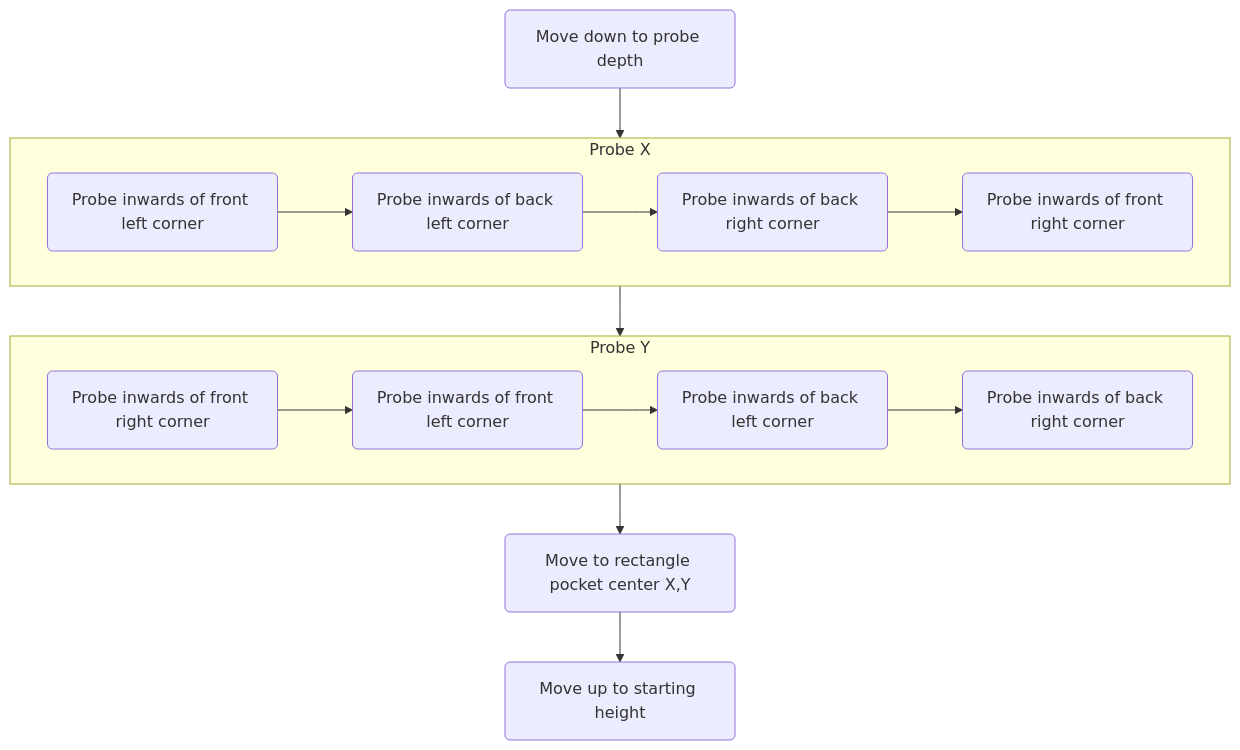
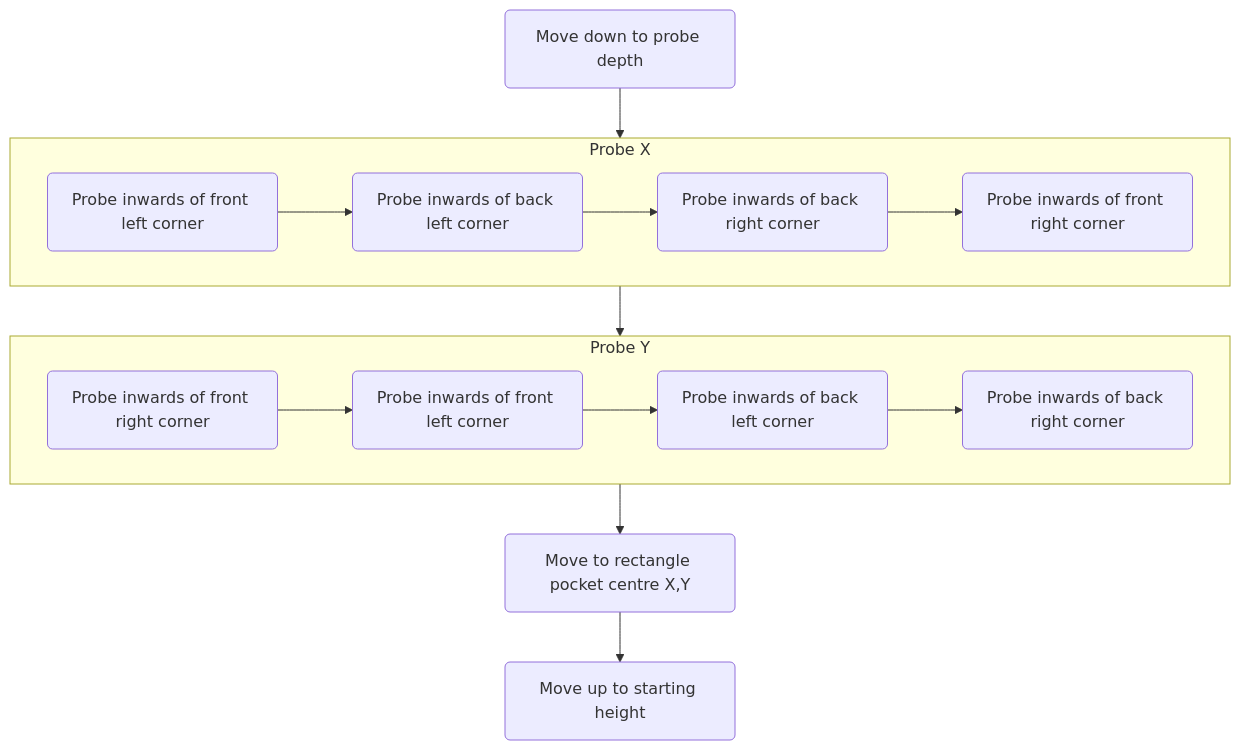
Before and after one commit to MillenniumMachines/millenniummachines.github.io: the sixth of 10 diagrams in docs/millennium-os/manual/chapters/30_usage.md, drawn with Mermaid. The commit also changed other lines of this file and 2 other files, not shown here.

````diff
--- a/docs/millennium-os/manual/chapters/30_usage.md
+++ b/docs/millennium-os/manual/chapters/30_usage.md
@@ -304,20 +321,20 @@
 ```mermaid
 flowchart TB
     1(Move down to probe depth)
     subgraph A1[Probe X]
         2(Probe inwards of front left corner) -->
         3(Probe inwards of back left corner) -->
         4(Probe inwards of back right corner) -->
         5(Probe inwards of front right corner)
     end
     subgraph A2[Probe Y]
         6(Probe inwards of front right corner) -->
         7(Probe inwards of front left corner) -->
         8(Probe inwards of back left corner) -->
         9(Probe inwards of back right corner)
     end
-    10(Move to rectangle pocket center X,Y) -->
+    10(Move to rectangle pocket centre X,Y) -->
     11(Move up to starting height)
 
     1 --> A1 --> A2 --> 10
 ```
````
